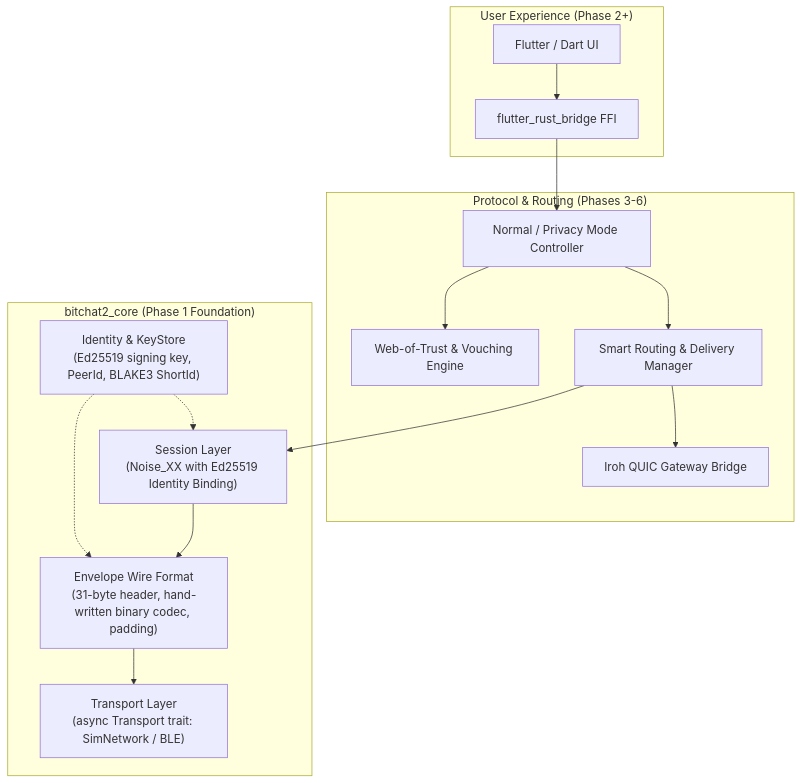
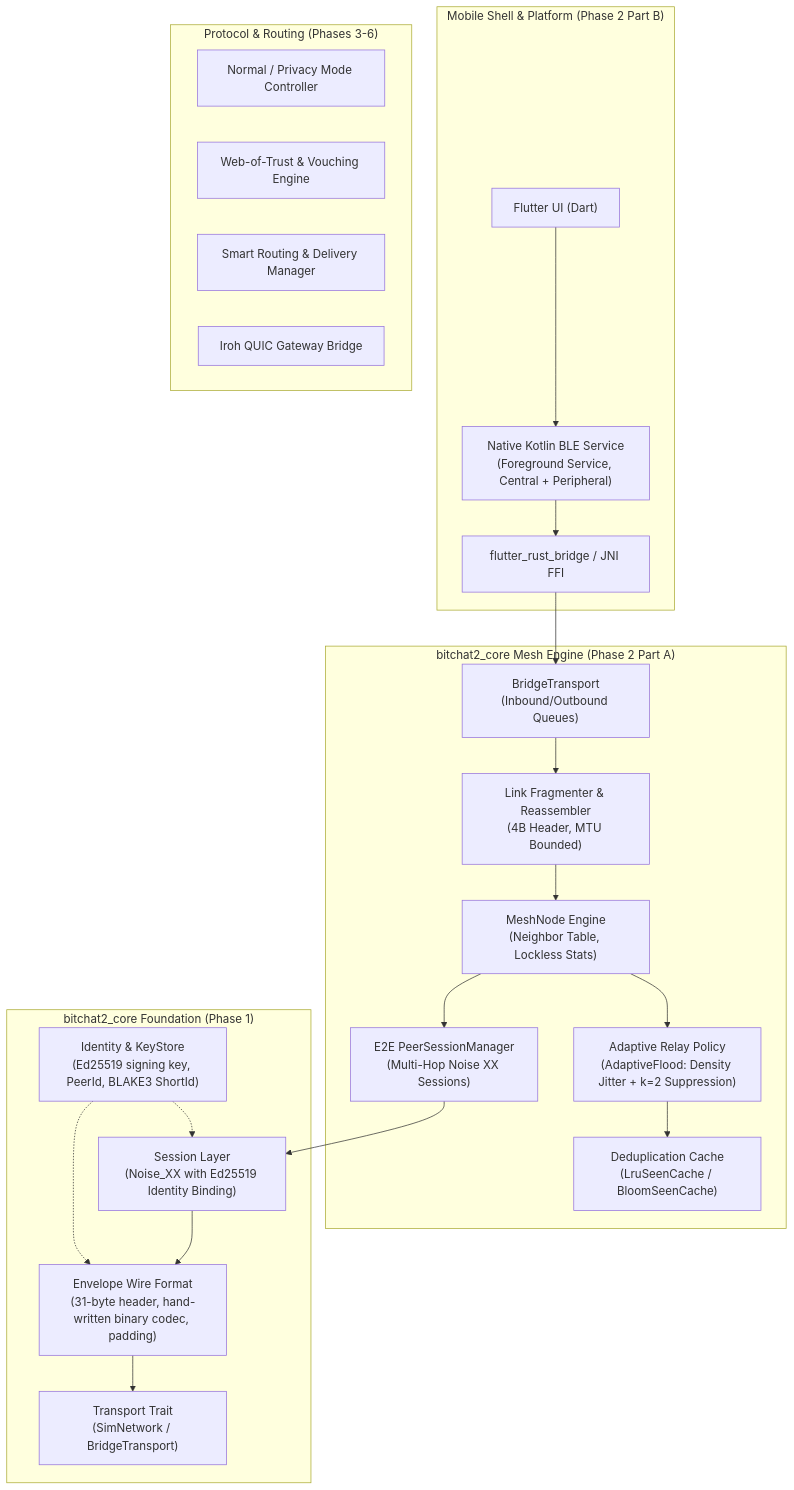
The diagram in docs/ARCHITECTURE.md (katsulol/Bitchat-2.0), drawn with Mermaid before and after one commit. The commit also changed other lines of this file and 4 other files, not shown here.

````diff
--- a/docs/ARCHITECTURE.md
+++ b/docs/ARCHITECTURE.md
@@ -14,32 +14,45 @@
 ```mermaid
 flowchart TD
-    subgraph UI ["User Experience (Phase 2+)"]
-        Flutter["Flutter / Dart UI"]
-        FRB["flutter_rust_bridge FFI"]
+    subgraph MobileApp ["Mobile Shell & Platform (Phase 2 Part B)"]
+        FlutterUI["Flutter UI (Dart)"]
+        NativeBLE["Native Kotlin BLE Service\n(Foreground Service, Central + Peripheral)"]
+        FRB["flutter_rust_bridge / JNI FFI"]
+    end
+
+    subgraph CoreMesh ["bitchat2_core Mesh Engine (Phase 2 Part A)"]
+        Bridge["BridgeTransport\n(Inbound/Outbound Queues)"]
+        Fragment["Link Fragmenter & Reassembler\n(4B Header, MTU Bounded)"]
+        MeshNode["MeshNode Engine\n(Neighbor Table, Lockless Stats)"]
+        Relay["Adaptive Relay Policy\n(AdaptiveFlood: Density Jitter + k=2 Suppression)"]
+        Seen["Deduplication Cache\n(LruSeenCache / BloomSeenCache)"]
+        E2ESession["E2E PeerSessionManager\n(Multi-Hop Noise XX Sessions)"]
     end
 
     subgraph Protocol ["Protocol & Routing (Phases 3-6)"]
         Modes["Normal / Privacy Mode Controller"]
         WoT["Web-of-Trust & Vouching Engine"]
         Router["Smart Routing & Delivery Manager"]
         IrohBridge["Iroh QUIC Gateway Bridge"]
     end
 
-    subgraph CorePhase1 ["bitchat2_core (Phase 1 Foundation)"]
+    subgraph CorePhase1 ["bitchat2_core Foundation (Phase 1)"]
         Session["Session Layer\n(Noise_XX with Ed25519 Identity Binding)"]
         Envelope["Envelope Wire Format\n(31-byte header, hand-written binary codec, padding)"]
         Identity["Identity & KeyStore\n(Ed25519 signing key, PeerId, BLAKE3 ShortId)"]
-        Transport["Transport Layer\n(async Transport trait: SimNetwork / BLE)"]
+        Transport["Transport Trait\n(SimNetwork / BridgeTransport)"]
     end
 
-    Flutter --> FRB
-    FRB --> Modes
-    Modes --> WoT
-    Modes --> Router
-    Router --> IrohBridge
-    Router --> Session
+    FlutterUI --> NativeBLE
+    NativeBLE --> FRB
+    FRB --> Bridge
+    Bridge --> Fragment
+    Fragment --> MeshNode
+    MeshNode --> Relay
+    Relay --> Seen
+    MeshNode --> E2ESession
+    E2ESession --> Session
     Session --> Envelope
     Envelope --> Transport
     Identity -.-> Session
     Identity -.-> Envelope
 ```
````
